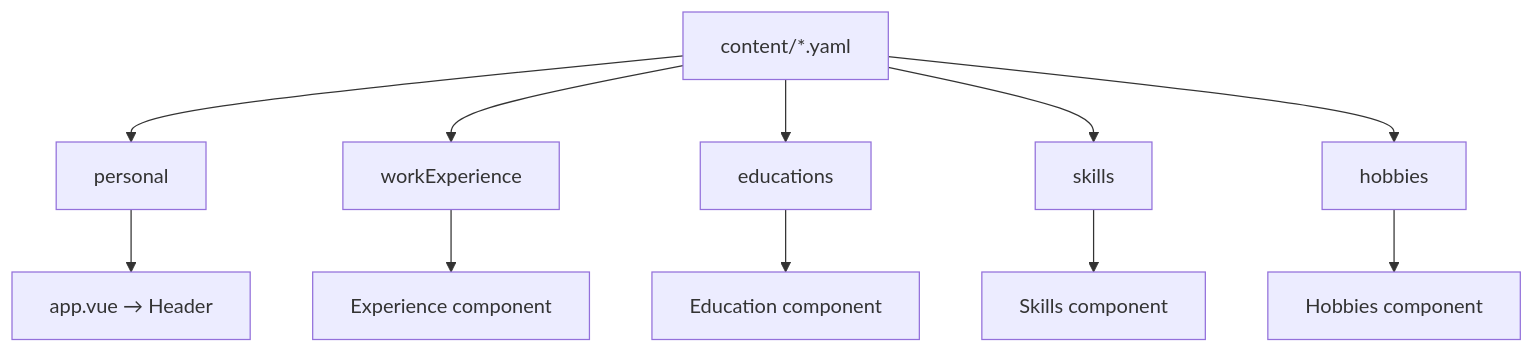
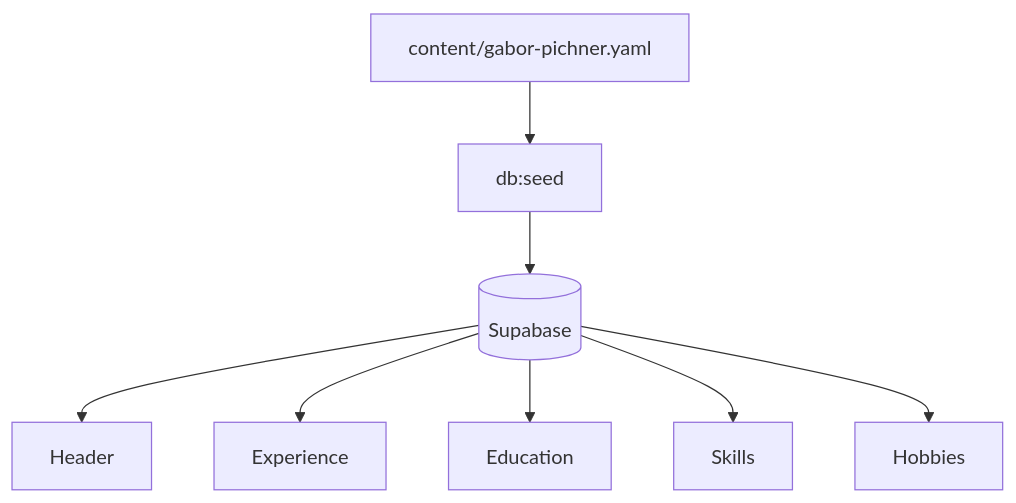
The diagram in docs/content.md (95gabor/cv), drawn with Mermaid before and after one commit. The commit also changed other lines of this file and 153 other files, not shown here.

````diff
--- a/docs/content.md
+++ b/docs/content.md
@@ -35,14 +37,12 @@
 ```mermaid
 flowchart TB
-    YAML[content/*.yaml]
-    YAML --> Personal[personal]
-    YAML --> Work[workExperience]
-    YAML --> Edu[educations]
-    YAML --> Skills[skills]
-    YAML --> Hobbies[hobbies]
-    Personal --> App[app.vue → Header]
-    Work --> App2[Experience component]
-    Edu --> App3[Education component]
-    Skills --> App4[Skills component]
-    Hobbies --> App5[Hobbies component]
+    YAML[content/gabor-pichner.yaml]
+    Seed[db:seed]
+    DB[(Supabase)]
+    YAML --> Seed --> DB
+    DB --> Header[Header]
+    DB --> Work[Experience]
+    DB --> Edu[Education]
+    DB --> Skills[Skills]
+    DB --> Hobbies[Hobbies]
 ```
````
